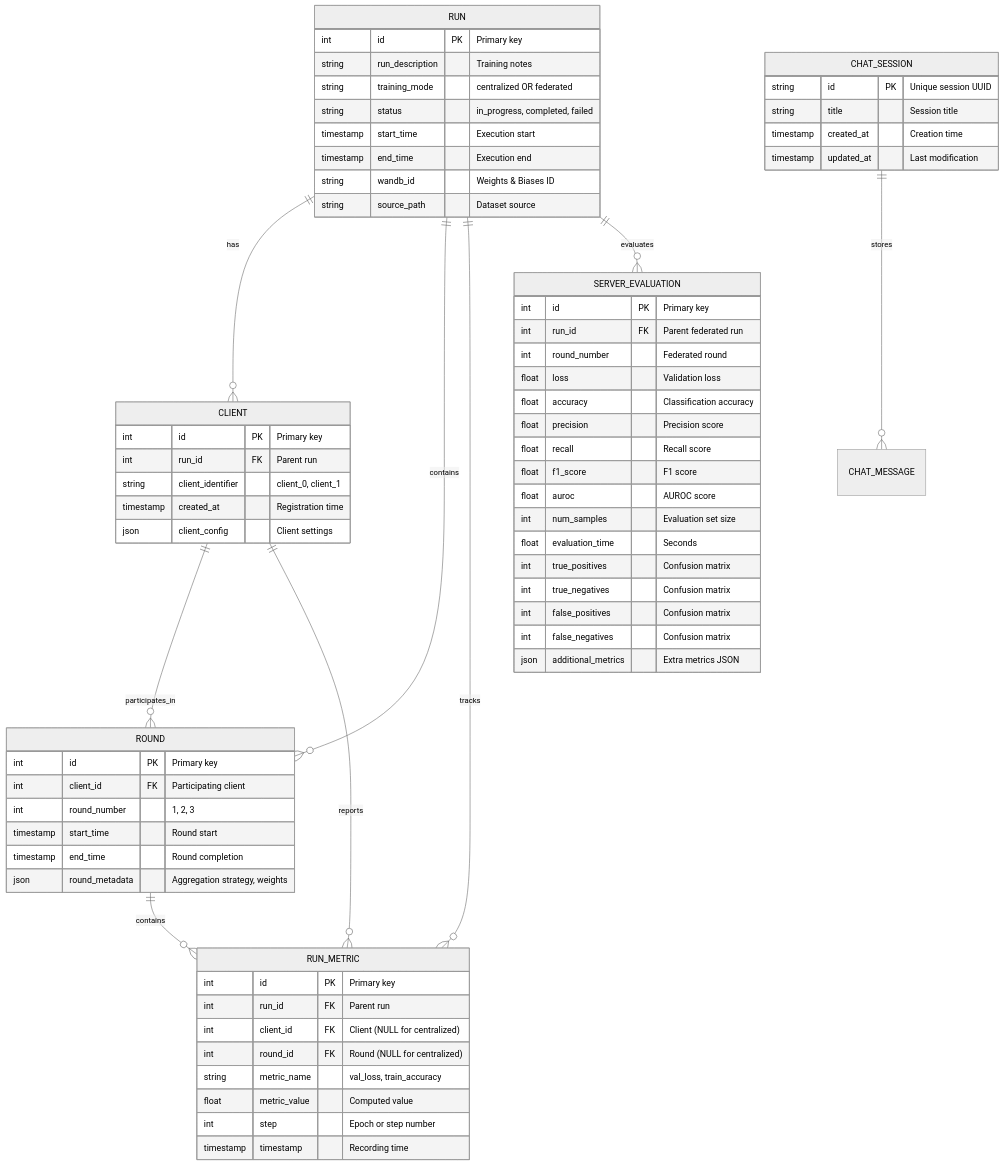
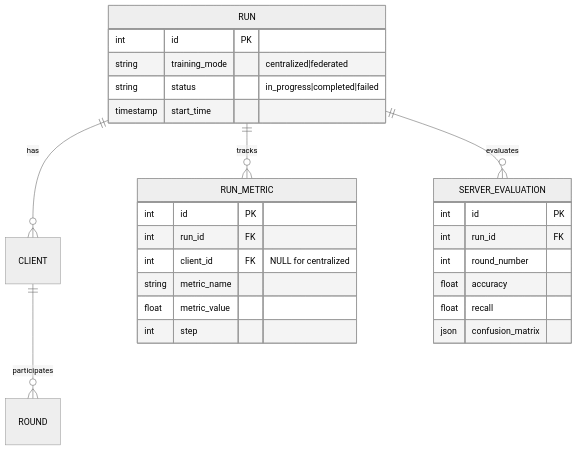
The second of 8 diagrams in federated_pneumonia_detection/src/boundary/README.md (h19overflow/federated_learning), drawn with Mermaid (neutral theme) before and after one commit. The commit also changed other lines of this file and 21 other files, not shown here.

````diff
--- a/federated_pneumonia_detection/src/boundary/README.md
+++ b/federated_pneumonia_detection/src/boundary/README.md
@@ -21,79 +35,32 @@
 ```mermaid
 erDiagram
     RUN ||--o{ CLIENT : "has"
-    RUN ||--o{ ROUND : "contains"
     RUN ||--o{ RUN_METRIC : "tracks"
     RUN ||--o{ SERVER_EVALUATION : "evaluates"
-
-    CLIENT ||--o{ ROUND : "participates_in"
-    CLIENT ||--o{ RUN_METRIC : "reports"
-
-    ROUND ||--o{ RUN_METRIC : "contains"
-
-    CHAT_SESSION ||--o{ CHAT_MESSAGE : "stores"
+    CLIENT ||--o{ ROUND : "participates"
 
     RUN {
-        int id PK "Primary key"
-        string run_description "Training notes"
-        string training_mode "centralized OR federated"
-        string status "in_progress, completed, failed"
-        timestamp start_time "Execution start"
-        timestamp end_time "Execution end"
-        string wandb_id "Weights & Biases ID"
-        string source_path "Dataset source"
-    }
-
-    CLIENT {
-        int id PK "Primary key"
-        int run_id FK "Parent run"
-        string client_identifier "client_0, client_1"
-        timestamp created_at "Registration time"
-        json client_config "Client settings"
-    }
-
-    ROUND {
-        int id PK "Primary key"
-        int client_id FK "Participating client"
-        int round_number "1, 2, 3"
-        timestamp start_time "Round start"
-        timestamp end_time "Round completion"
-        json round_metadata "Aggregation strategy, weights"
+        int id PK
+        string training_mode "centralized|federated"
+        string status "in_progress|completed|failed"
+        timestamp start_time
     }
 
     RUN_METRIC {
-        int id PK "Primary key"
-        int run_id FK "Parent run"
-        int client_id FK "Client (NULL for centralized)"
-        int round_id FK "Round (NULL for centralized)"
-        string metric_name "val_loss, train_accuracy"
-        float metric_value "Computed value"
-        int step "Epoch or step number"
-        timestamp timestamp "Recording time"
+        int id PK
+        int run_id FK
+        int client_id FK "NULL for centralized"
+        string metric_name
+        float metric_value
+        int step
     }
 
     SERVER_EVALUATION {
-        int id PK "Primary key"
-        int run_id FK "Parent federated run"
-        int round_number "Federated round"
-        float loss "Validation loss"
-        float accuracy "Classification accuracy"
-        float precision "Precision score"
-        float recall "Recall score"
-        float f1_score "F1 score"
-        float auroc "AUROC score"
-        int num_samples "Evaluation set size"
-        float evaluation_time "Seconds"
-        int true_positives "Confusion matrix"
-        int true_negatives "Confusion matrix"
-        int false_positives "Confusion matrix"
-        int false_negatives "Confusion matrix"
-        json additional_metrics "Extra metrics JSON"
-    }
-
-    CHAT_SESSION {
-        string id PK "Unique session UUID"
-        string title "Session title"
-        timestamp created_at "Creation time"
-        timestamp updated_at "Last modification"
+        int id PK
+        int run_id FK
+        int round_number
+        float accuracy
+        float recall
+        json confusion_matrix
     }
 ```
````
